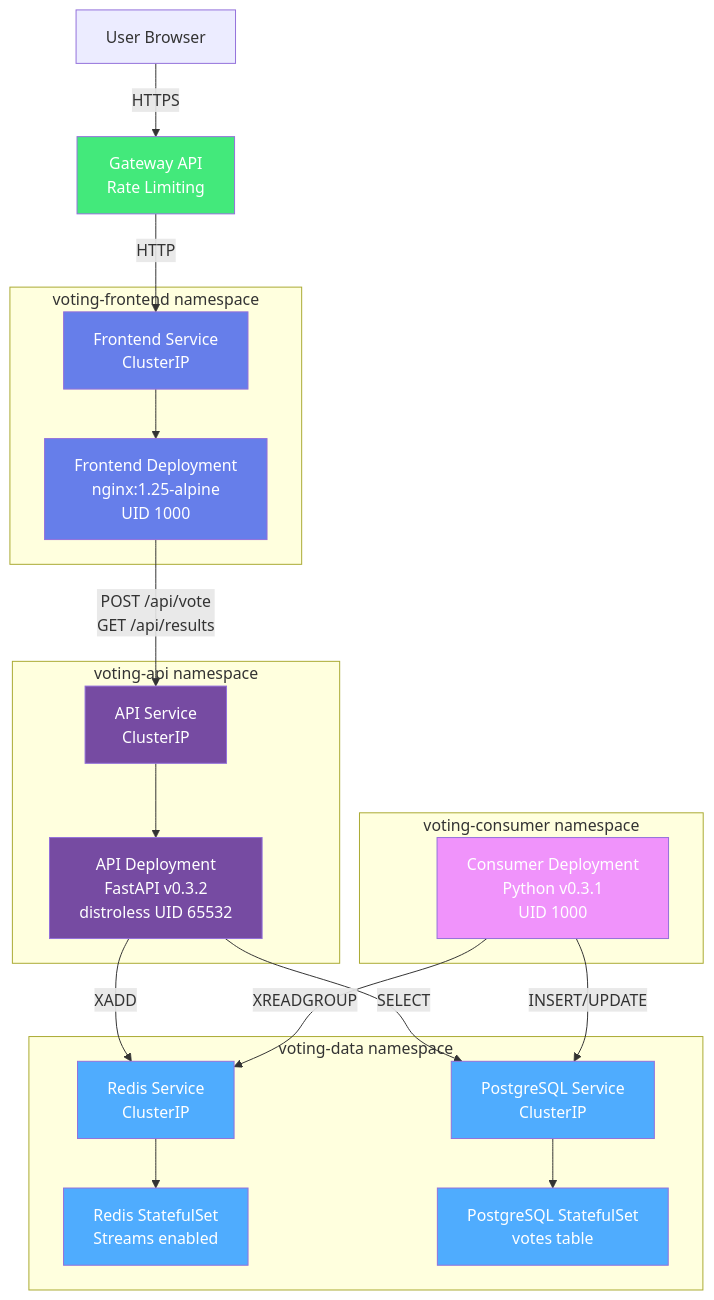
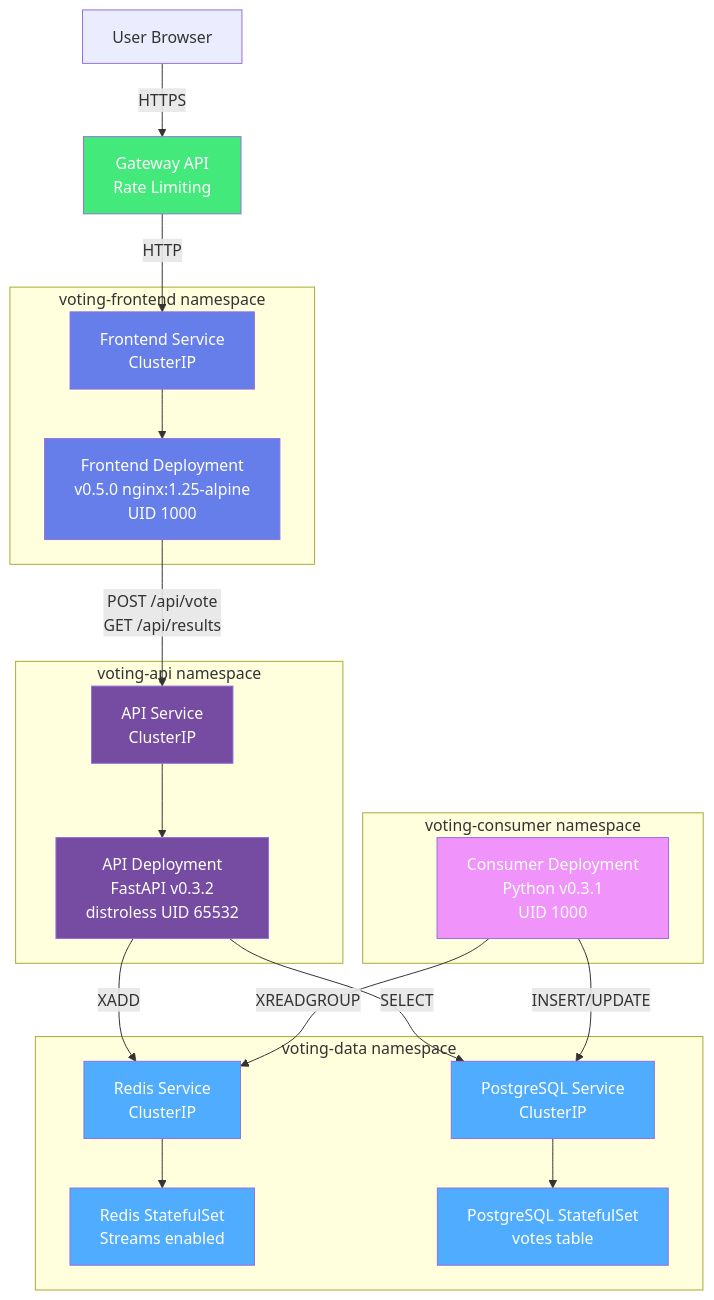
Before and after one commit to jscatala/demo_project: the first of 4 diagrams in README.md, drawn with Mermaid. The commit also changed other lines of this file and 1 other file, not shown here.

First line of the commit message:
docs: enhance README architecture with network policies and security boundaries

````diff
--- a/README.md
+++ b/README.md
@@ -39,50 +39,50 @@
 ```mermaid
 graph TB
     subgraph "voting-frontend namespace"
-        FE[Frontend Deployment<br/>nginx:1.25-alpine<br/>UID 1000]
+        FE[Frontend Deployment<br/>v0.5.0 nginx:1.25-alpine<br/>UID 1000]
         FE_SVC[Frontend Service<br/>ClusterIP]
     end
 
     subgraph "voting-api namespace"
         API[API Deployment<br/>FastAPI v0.3.2<br/>distroless UID 65532]
         API_SVC[API Service<br/>ClusterIP]
     end
 
     subgraph "voting-consumer namespace"
         CONSUMER[Consumer Deployment<br/>Python v0.3.1<br/>UID 1000]
     end
 
     subgraph "voting-data namespace"
         REDIS[Redis StatefulSet<br/>Streams enabled]
         REDIS_SVC[Redis Service<br/>ClusterIP]
         PG[PostgreSQL StatefulSet<br/>votes table]
         PG_SVC[PostgreSQL Service<br/>ClusterIP]
     end
 
     GATEWAY[Gateway API<br/>Rate Limiting]
     USER[User Browser]
 
     USER -->|HTTPS| GATEWAY
     GATEWAY -->|HTTP| FE_SVC
     FE_SVC --> FE
     FE -->|POST /api/vote<br/>GET /api/results| API_SVC
     API_SVC --> API
     API -->|XADD| REDIS_SVC
     REDIS_SVC --> REDIS
     API -->|SELECT| PG_SVC
     PG_SVC --> PG
     CONSUMER -->|XREADGROUP| REDIS_SVC
     CONSUMER -->|INSERT/UPDATE| PG_SVC
 
     classDef frontend fill:#667eea,color:#fff
     classDef api fill:#764ba2,color:#fff
     classDef consumer fill:#f093fb,color:#fff
     classDef data fill:#4facfe,color:#fff
     classDef gateway fill:#43e97b,color:#fff
 
     class FE,FE_SVC frontend
     class API,API_SVC api
     class CONSUMER consumer
     class REDIS,REDIS_SVC,PG,PG_SVC data
     class GATEWAY gateway
 ```
````
